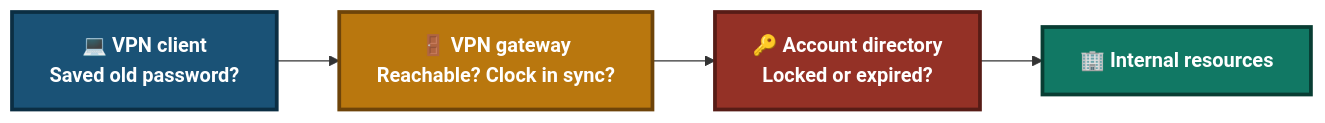
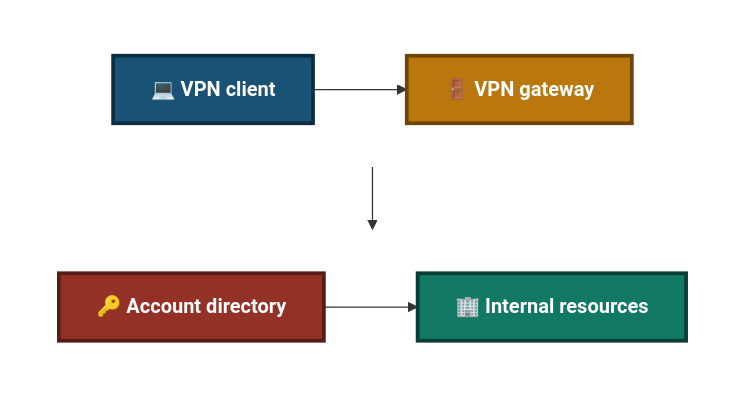
Before and after one commit to malaika-azhar/Customer-Tech-Support-Portfolio: the second of 5 diagrams in 01-Video-knowledge-base/01.3-VPN-Connection-Failed.md, drawn with Mermaid. The commit also changed other lines of this file, not shown here.

````diff
--- a/01-Video-knowledge-base/01.3-VPN-Connection-Failed.md
+++ b/01-Video-knowledge-base/01.3-VPN-Connection-Failed.md
@@ -181,9 +191,19 @@
 ```mermaid
-flowchart LR
-    A["💻 VPN client<br/>Saved old password?"]:::a --> B["🚪 VPN gateway<br/>Reachable? Clock in sync?"]:::b --> C["🔑 Account directory<br/>Locked or expired?"]:::c --> D["🏢 Internal resources"]:::d
+flowchart TD
+    subgraph R1[" "]
+        direction LR
+        A["💻 VPN client"]:::a --> B["🚪 VPN gateway"]:::b
+    end
+    subgraph R2[" "]
+        direction LR
+        C["🔑 Account directory"]:::c --> D["🏢 Internal resources"]:::d
+    end
+    R1 --> R2
 
     classDef a fill:#1A5276,stroke:#0B2E43,stroke-width:3px,color:#FFFFFF,font-weight:bold
     classDef b fill:#B9770E,stroke:#6E4409,stroke-width:3px,color:#FFFFFF,font-weight:bold
     classDef c fill:#943126,stroke:#571C16,stroke-width:3px,color:#FFFFFF,font-weight:bold
     classDef d fill:#117864,stroke:#083D33,stroke-width:3px,color:#FFFFFF,font-weight:bold
+    style R1 fill:none,stroke:none
+    style R2 fill:none,stroke:none
 ```
````
